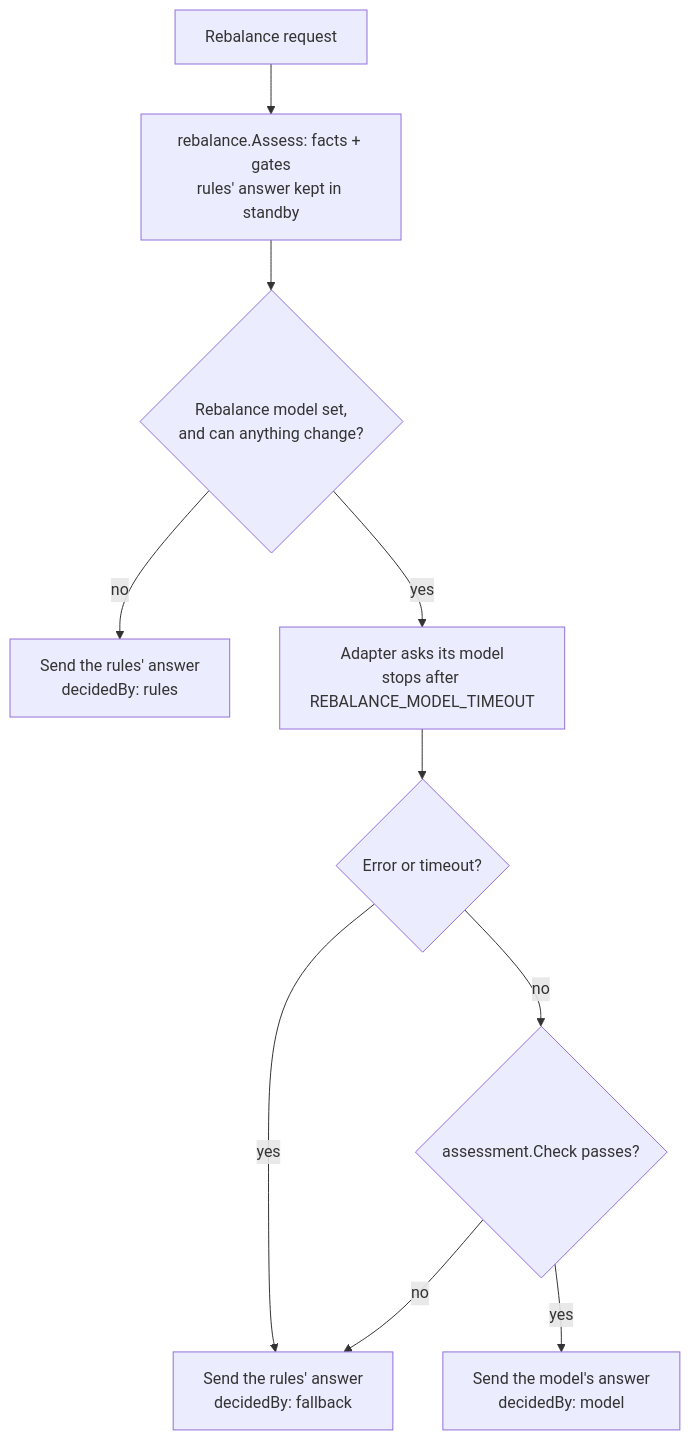
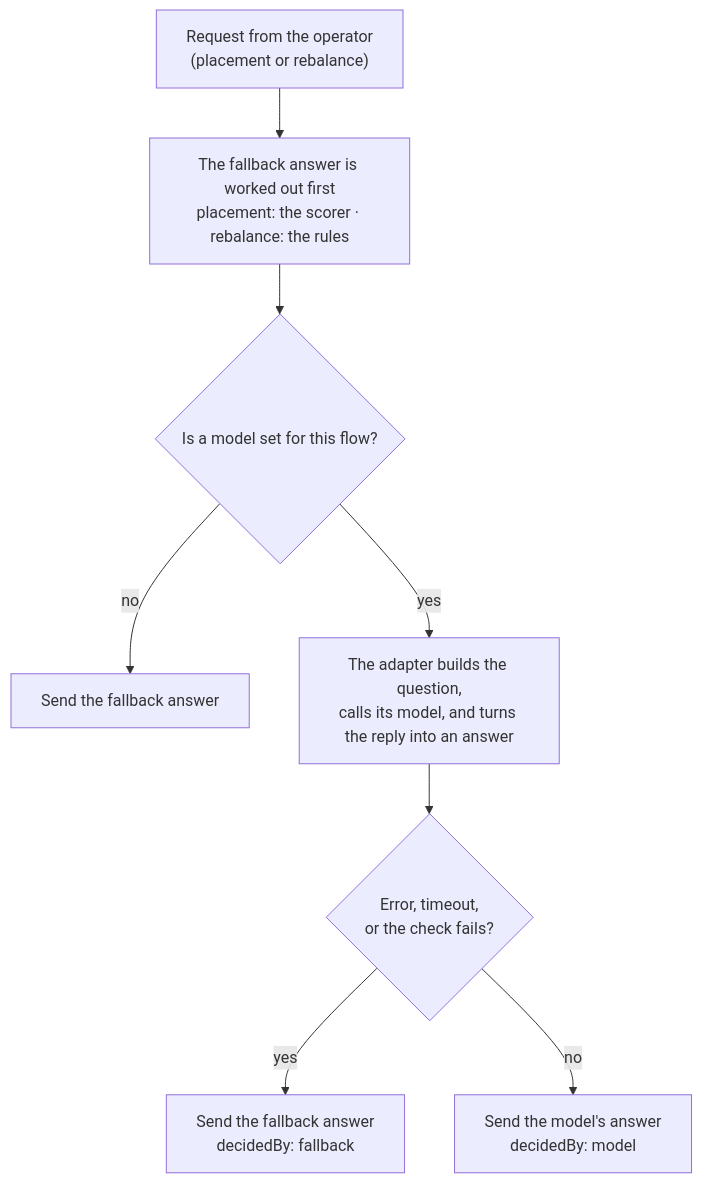
The diagram in docs/decision-models.md (HIRO-MicroDataCenters-BV/hiro-adaptive-orchestrator), drawn with Mermaid before and after one commit. The commit also changed other lines of this file and 4 other files, not shown here.

````diff
--- a/docs/decision-models.md
+++ b/docs/decision-models.md
@@ -231,12 +21,10 @@
 ```mermaid
 flowchart TD
-    A["Rebalance request"] --> B["rebalance.Assess: facts + gates<br/>rules' answer kept in standby"]
-    B --> C{"Rebalance model set,<br/>and can anything change?"}
-    C -- no --> R["Send the rules' answer<br/>decidedBy: rules"]
-    C -- yes --> D["Adapter asks its model<br/>stops after REBALANCE_MODEL_TIMEOUT"]
-    D --> E{"Error or timeout?"}
-    E -- yes --> F["Send the rules' answer<br/>decidedBy: fallback"]
-    E -- no --> G{"assessment.Check passes?"}
-    G -- no --> F
-    G -- yes --> M["Send the model's answer<br/>decidedBy: model"]
+    Req["Request from the operator<br/>(placement or rebalance)"] --> FB["The fallback answer is worked out first<br/>placement: the scorer · rebalance: the rules"]
+    FB --> On{"Is a model set for this flow?"}
+    On -- no --> SendFB["Send the fallback answer"]
+    On -- yes --> Ad["The adapter builds the question,<br/>calls its model, and turns the reply into an answer"]
+    Ad --> Ok{"Error, timeout,<br/>or the check fails?"}
+    Ok -- yes --> SendFB2["Send the fallback answer<br/>decidedBy: fallback"]
+    Ok -- no --> SendM["Send the model's answer<br/>decidedBy: model"]
 ```
````
